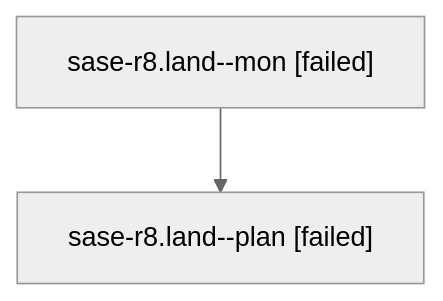
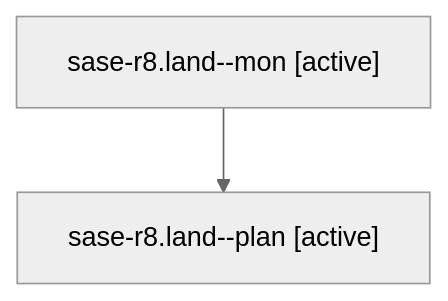
The diagram in families/bbugyi200.athena.sase-r8.land.md (sase-org/sase--agents), drawn with Mermaid (neutral theme) before and after one commit. The commit also changed other lines of this file and 35830 other files, not shown here.

````diff
--- a/families/bbugyi200.athena.sase-r8.land.md
+++ b/families/bbugyi200.athena.sase-r8.land.md
@@ -9,6 +9,6 @@
 ```mermaid
 flowchart TD
-  n0["sase-r8.land--mon [failed]"]
-  n1["sase-r8.land--plan [failed]"]
+  n0["sase-r8.land--mon [active]"]
+  n1["sase-r8.land--plan [active]"]
   n0 --> n1
 ```
````
